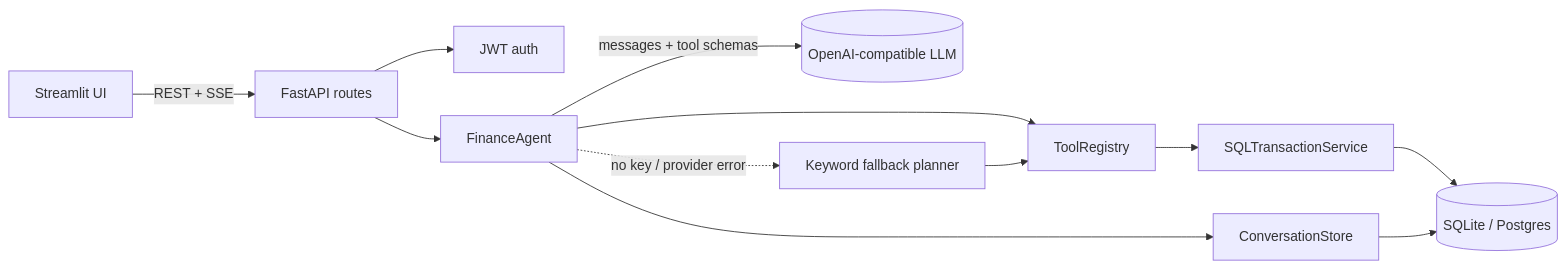
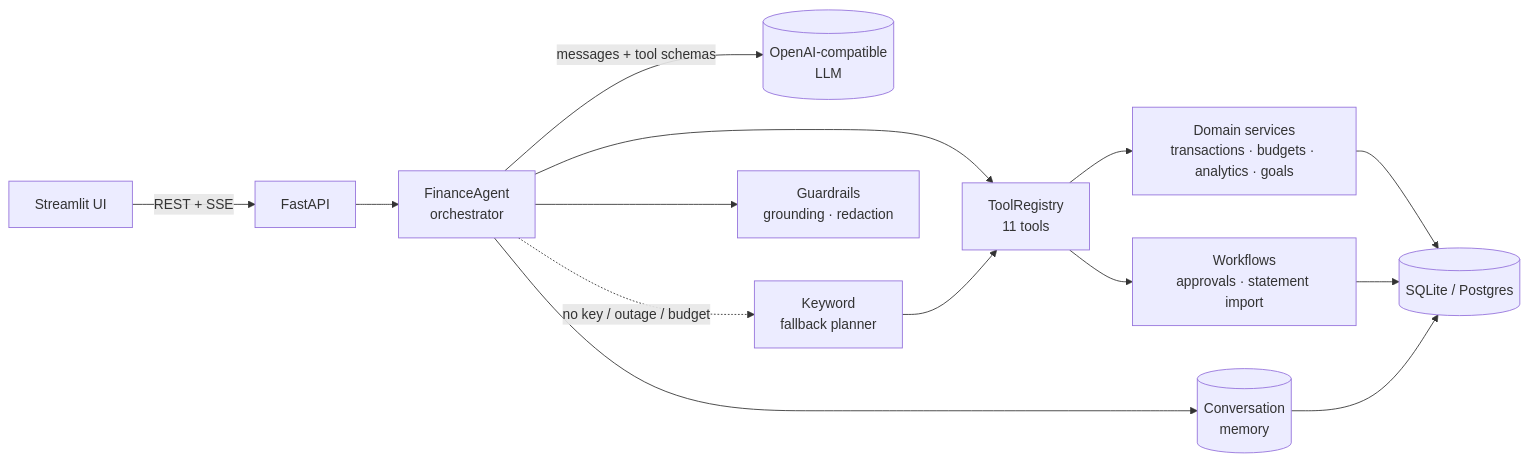
The diagram in README.md (Parth-Babariya/Personal-Finance-Agent), drawn with Mermaid before and after one commit. The commit also changed other lines of this file, not shown here.

````diff
--- a/README.md
+++ b/README.md
@@ -38,14 +78,16 @@
 ```mermaid
 flowchart LR
-    UI[Streamlit UI] -->|REST + SSE| API[FastAPI routes]
-    API --> Auth[JWT auth]
-    API --> Agent[FinanceAgent]
-    Agent -->|messages + tool schemas| LLM[(OpenAI-compatible LLM)]
-    Agent -. no key / provider error .-> FB[Keyword fallback planner]
-    Agent --> Reg[ToolRegistry]
-    FB --> Reg
-    Reg --> Tx[SQLTransactionService]
-    Agent --> Conv[ConversationStore]
-    Tx --> DB[(SQLite / Postgres)]
-    Conv --> DB
+    UI[Streamlit UI] -->|REST + SSE| API[FastAPI]
+    API --> Agent[FinanceAgent<br/>orchestrator]
+    Agent -->|messages + tool schemas| LLM[(OpenAI-compatible<br/>LLM)]
+    Agent -. no key / outage / budget .-> FB[Keyword<br/>fallback planner]
+    Agent --> Tools[ToolRegistry<br/>11 tools]
+    FB --> Tools
+    Agent --> Guard[Guardrails<br/>grounding · redaction]
+    Agent --> Mem[(Conversation<br/>memory)]
+    Tools --> Svc[Domain services<br/>transactions · budgets · analytics · goals]
+    Tools --> Flow[Workflows<br/>approvals · statement import]
+    Svc --> DB[(SQLite / Postgres)]
+    Flow --> DB
+    Mem --> DB
 ```
````
